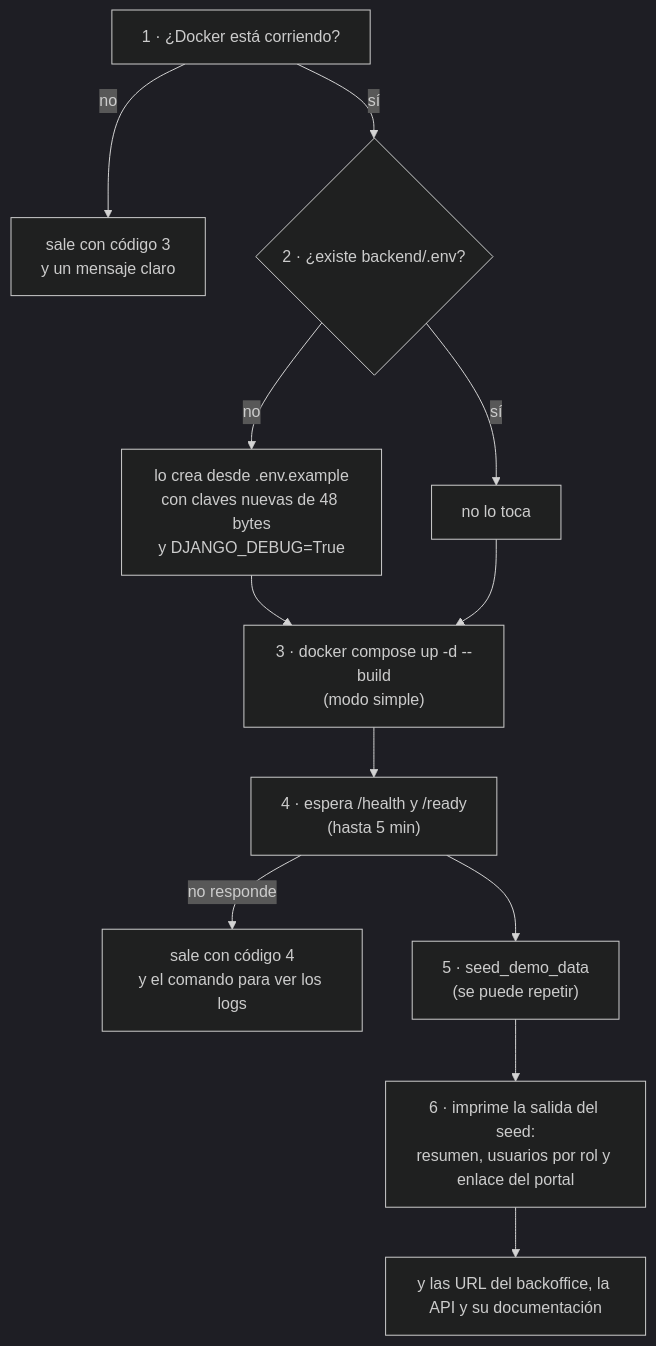
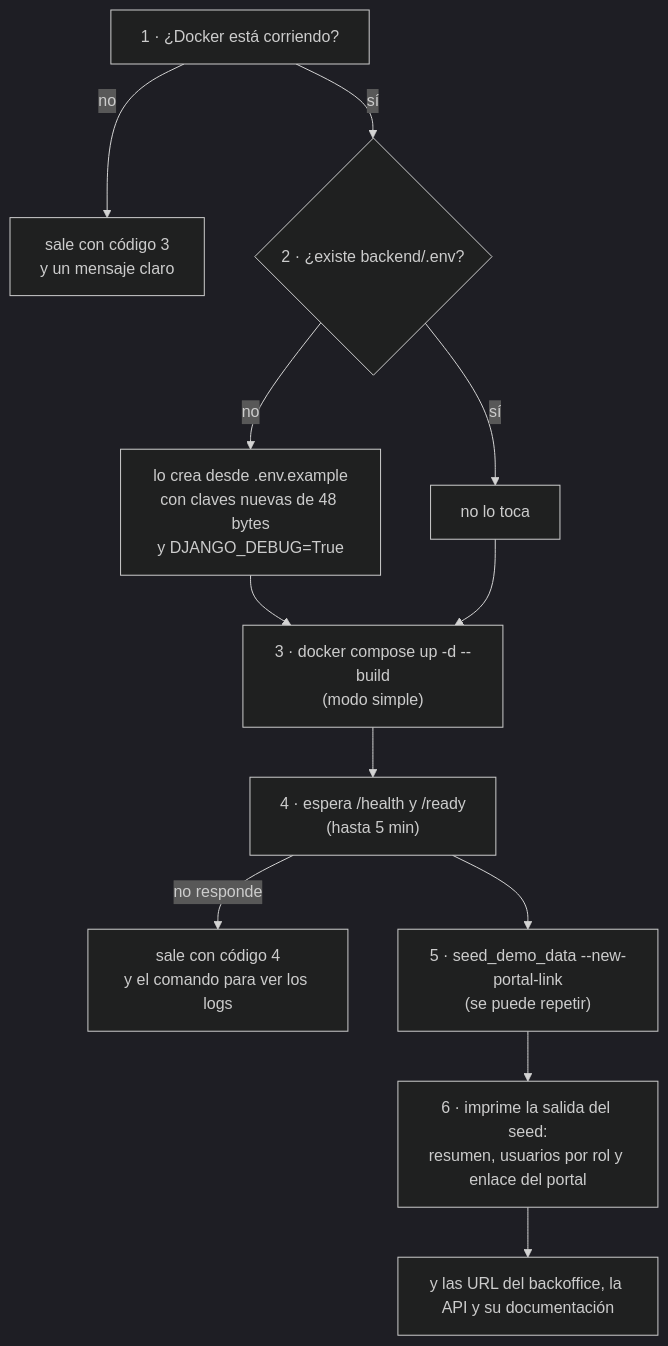
The diagram in docs/guia/10-operacion-local.md (CarlosDev88/real-estate-credit-backoffice), drawn with Mermaid (dark theme) before and after one commit. The commit also changed other lines of this file and 14 other files, not shown here.

Commit message:
docs: add the complete demo data and the F7 screens to the guide

````diff
--- a/docs/guia/10-operacion-local.md
+++ b/docs/guia/10-operacion-local.md
@@ -50,14 +50,14 @@
 ```mermaid
 flowchart TD
     A["1 · ¿Docker está corriendo?"] -->|"no"| X1["sale con código 3<br/>y un mensaje claro"]
     A -->|"sí"| B{"2 · ¿existe backend/.env?"}
     B -->|"no"| C["lo crea desde .env.example<br/>con claves nuevas de 48 bytes<br/>y DJANGO_DEBUG=True"]
     B -->|"sí"| D["no lo toca"]
     C --> E["3 · docker compose up -d --build<br/>(modo simple)"]
     D --> E
     E --> F["4 · espera /health y /ready<br/>(hasta 5 min)"]
     F -->|"no responde"| X2["sale con código 4<br/>y el comando para ver los logs"]
-    F --> G["5 · seed_demo_data<br/>(se puede repetir)"]
+    F --> G["5 · seed_demo_data --new-portal-link<br/>(se puede repetir)"]
     G --> H["6 · imprime la salida del seed:<br/>resumen, usuarios por rol y enlace del portal"]
     H --> I["y las URL del backoffice, la API y su documentación"]
 ```
````
